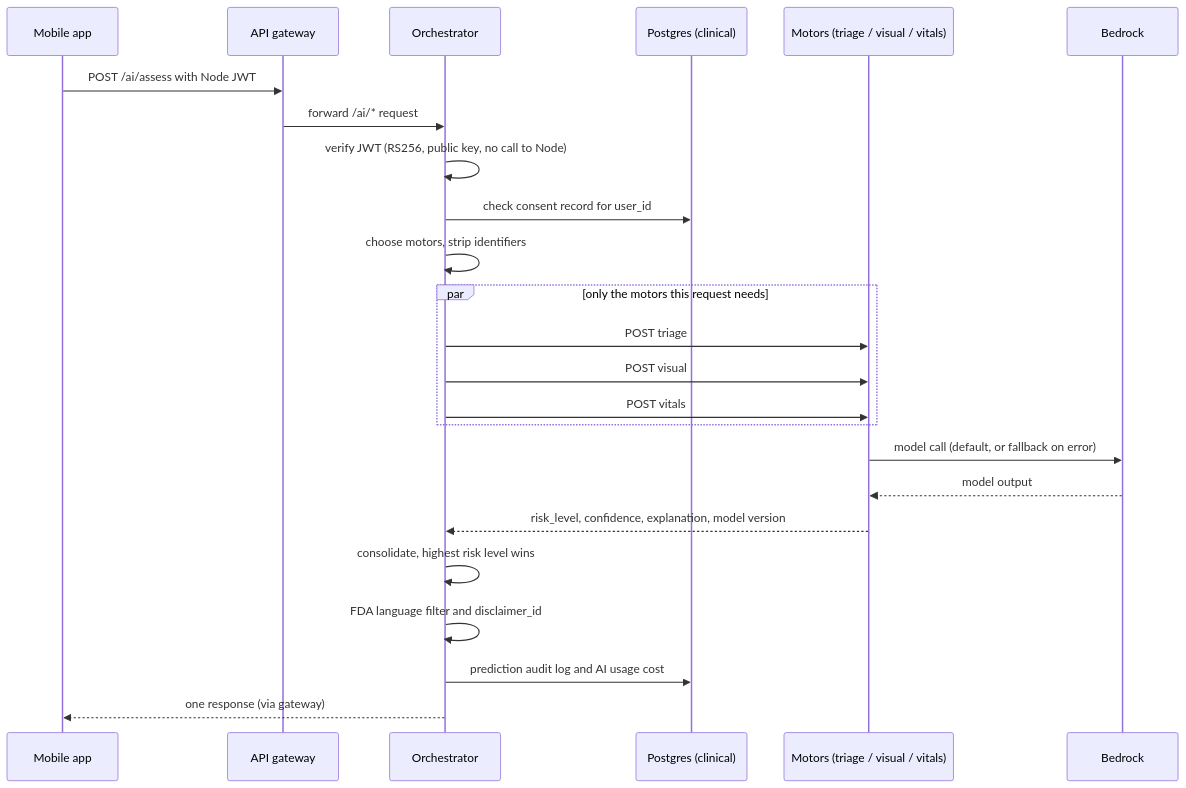
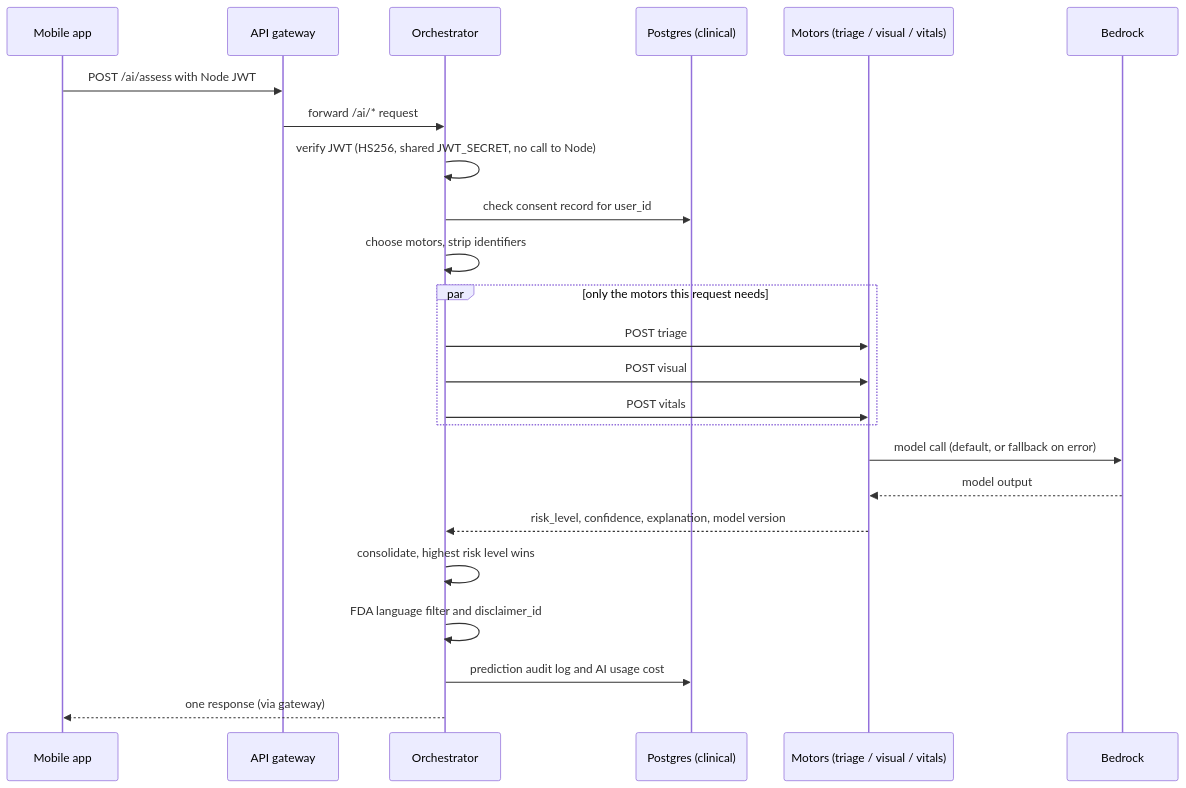
Before and after one commit to glowingsoft/Vital-Signs-AI-Health-Backend: the second of 5 diagrams in README.md, drawn with Mermaid. The commit also changed other lines of this file and 23 other files, not shown here.

````diff
--- a/README.md
+++ b/README.md
@@ -269,27 +269,27 @@
 ```mermaid
 sequenceDiagram
     participant App as Mobile app
     participant GW as API gateway
     participant O as Orchestrator
     participant DB as Postgres (clinical)
     participant M as Motors (triage / visual / vitals)
     participant B as Bedrock
 
     App->>GW: POST /ai/assess with Node JWT
     GW->>O: forward /ai/* request
-    O->>O: verify JWT (RS256, public key, no call to Node)
+    O->>O: verify JWT (HS256, shared JWT_SECRET, no call to Node)
     O->>DB: check consent record for user_id
     O->>O: choose motors, strip identifiers
     par only the motors this request needs
         O->>M: POST triage
         O->>M: POST visual
         O->>M: POST vitals
     end
     M->>B: model call (default, or fallback on error)
     B-->>M: model output
     M-->>O: risk_level, confidence, explanation, model version
     O->>O: consolidate, highest risk level wins
     O->>O: FDA language filter and disclaimer_id
     O->>DB: prediction audit log and AI usage cost
     O-->>App: one response (via gateway)
 ```
````
